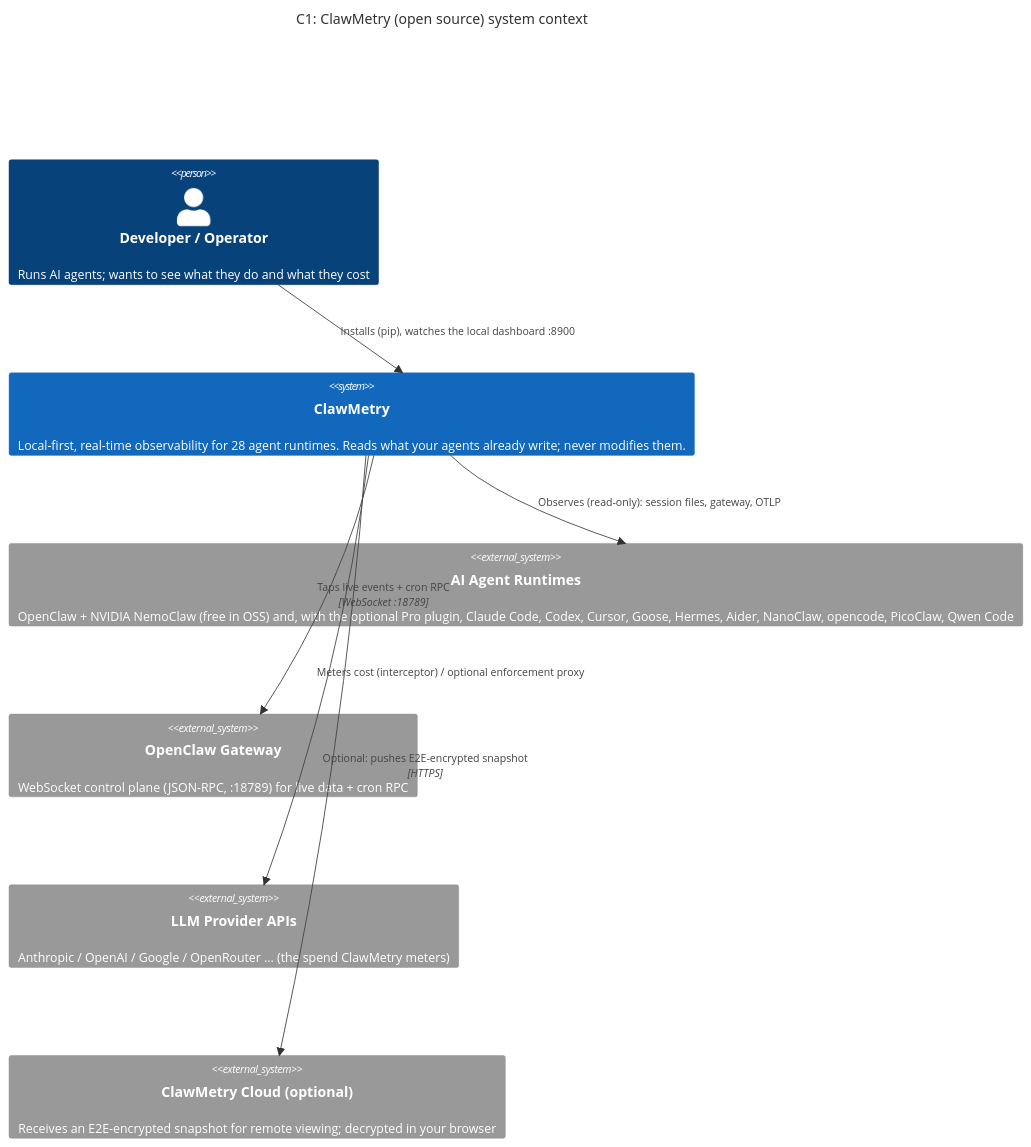
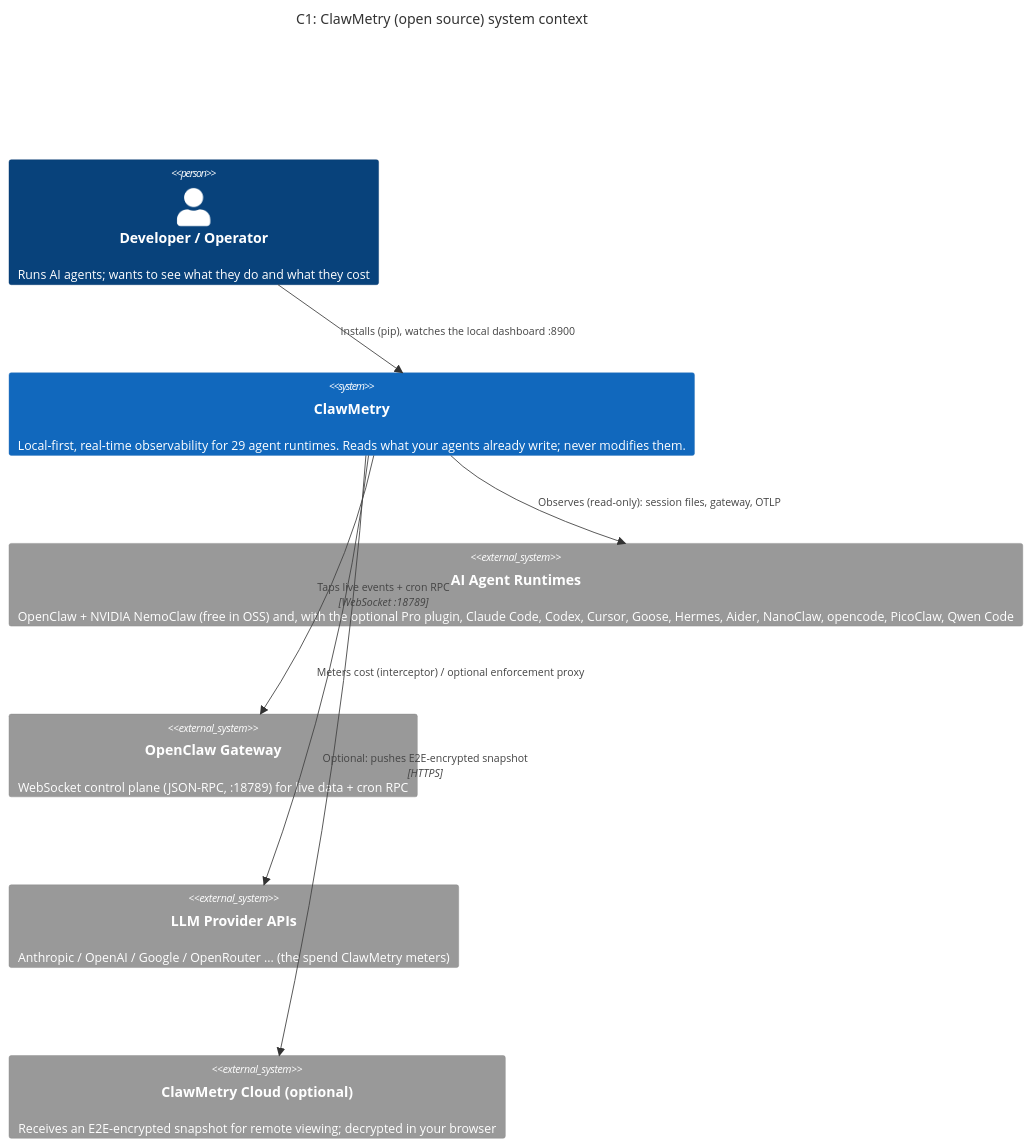
Before and after one commit to vivekchand/clawmetry: the first of 2 diagrams in ARCHITECTURE.md, drawn with Mermaid. The commit also changed 42 other files, not shown here.

````diff
--- a/ARCHITECTURE.md
+++ b/ARCHITECTURE.md
@@ -37,18 +37,18 @@
 ```mermaid
 C4Context
 title C1: ClawMetry (open source) system context
 
 Person(dev, "Developer / Operator", "Runs AI agents; wants to see what they do and what they cost")
-System(clawmetry, "ClawMetry", "Local-first, real-time observability for 28 agent runtimes. Reads what your agents already write; never modifies them.")
+System(clawmetry, "ClawMetry", "Local-first, real-time observability for 29 agent runtimes. Reads what your agents already write; never modifies them.")
 
 System_Ext(runtimes, "AI Agent Runtimes", "OpenClaw + NVIDIA NemoClaw (free in OSS) and, with the optional Pro plugin, Claude Code, Codex, Cursor, Goose, Hermes, Aider, NanoClaw, opencode, PicoClaw, Qwen Code")
 System_Ext(gateway, "OpenClaw Gateway", "WebSocket control plane (JSON-RPC, :18789) for live data + cron RPC")
 System_Ext(llm, "LLM Provider APIs", "Anthropic / OpenAI / Google / OpenRouter ... (the spend ClawMetry meters)")
 System_Ext(cloud, "ClawMetry Cloud (optional)", "Receives an E2E-encrypted snapshot for remote viewing; decrypted in your browser")
 
 Rel(dev, clawmetry, "Installs (pip), watches the local dashboard :8900")
 Rel(clawmetry, runtimes, "Observes (read-only): session files, gateway, OTLP")
 Rel(clawmetry, gateway, "Taps live events + cron RPC", "WebSocket :18789")
 Rel(clawmetry, llm, "Meters cost (interceptor) / optional enforcement proxy")
 Rel(clawmetry, cloud, "Optional: pushes E2E-encrypted snapshot", "HTTPS")
 ```
````
